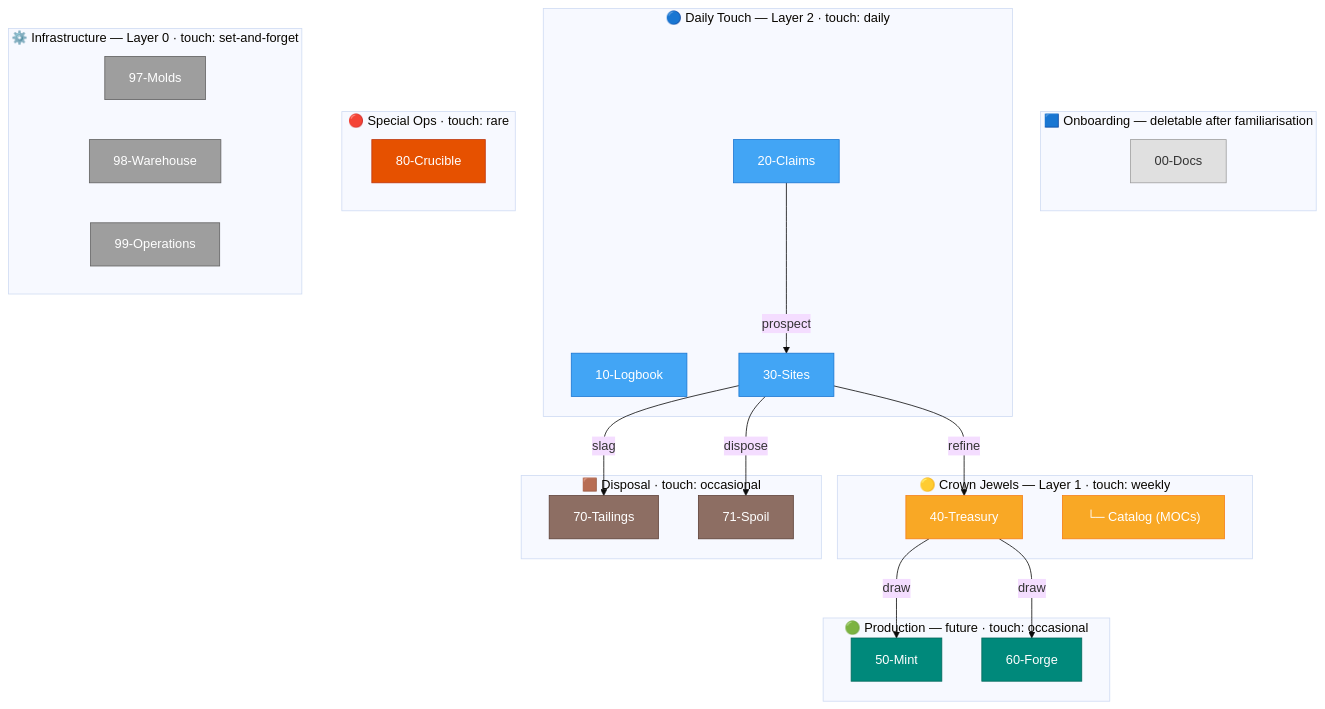
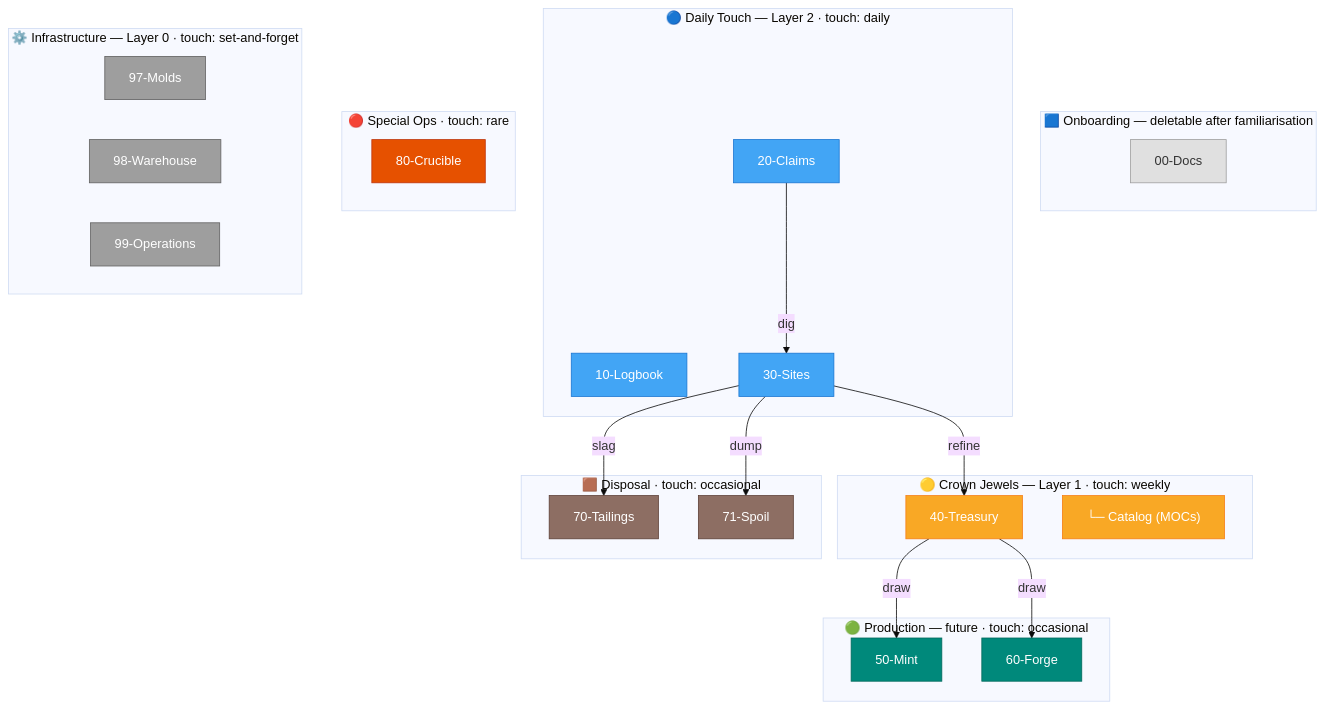
The fifth of 7 diagrams in docs/diagrams.md (keith-nielsen/memory-mining), drawn with Mermaid before and after one commit. The commit also changed other lines of this file and 27 other files, not shown here.

````diff
--- a/docs/diagrams.md
+++ b/docs/diagrams.md
@@ -240,53 +239,53 @@
 ```mermaid
 %%{init: {'theme': 'base'}}%%
 flowchart TD
     subgraph ONBOARD["🟦  Onboarding — deletable after familiarisation"]
         D00["00-Docs"]:::onboard
     end
 
     subgraph DAILY["🔵  Daily Touch — Layer 2 · touch: daily"]
         D10["10-Logbook"]:::blue
         D20["20-Claims"]:::blue
         D30["30-Sites"]:::blue
     end
 
     subgraph VALUE["🟡  Crown Jewels — Layer 1 · touch: weekly"]
         D40["40-Treasury"]:::gold
         CAT["  └─ Catalog (MOCs)"]:::gold
     end
 
     subgraph PRODUCE["🟢  Production — future · touch: occasional"]
         D50["50-Mint"]:::teal
         D60["60-Forge"]:::teal
     end
 
     subgraph DISPOSE["🟫  Disposal · touch: occasional"]
         D70["70-Tailings"]:::brown
         D71["71-Spoil"]:::brown
     end
 
     subgraph SPECIAL["🔴  Special Ops · touch: rare"]
         D80["80-Crucible"]:::crucible
     end
 
     subgraph INFRA["⚙️  Infrastructure — Layer 0 · touch: set-and-forget"]
         D97["97-Molds"]:::infra
         D98["98-Warehouse"]:::infra
         D99["99-Operations"]:::infra
     end
 
-    D20 -->|prospect| D30
+    D20 -->|dig| D30
     D30 -->|refine| D40
     D40 -->|draw| D50
     D40 -->|draw| D60
     D30 -->|slag| D70
-    D30 -->|dispose| D71
+    D30 -->|dump| D71
 
     classDef onboard fill:#e0e0e0,stroke:#9e9e9e,color:#333
     classDef blue fill:#42a5f5,stroke:#1976d2,color:#fff
     classDef gold fill:#f9a825,stroke:#f57f17,color:#fff
     classDef teal fill:#00897b,stroke:#00695c,color:#fff
     classDef brown fill:#8d6e63,stroke:#5d4037,color:#fff
     classDef crucible fill:#e65100,stroke:#bf360c,color:#fff
     classDef infra fill:#9e9e9e,stroke:#616161,color:#fff
 ```
````
